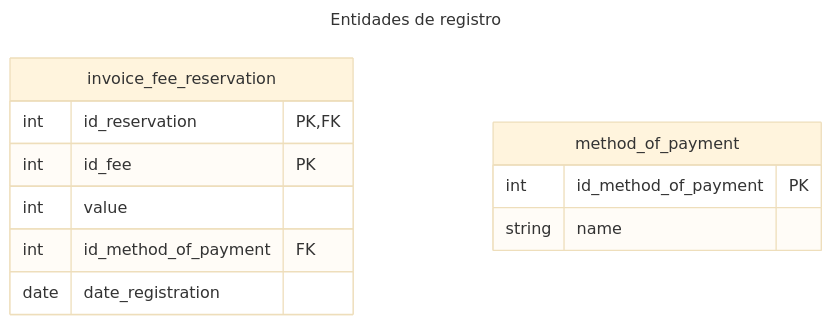
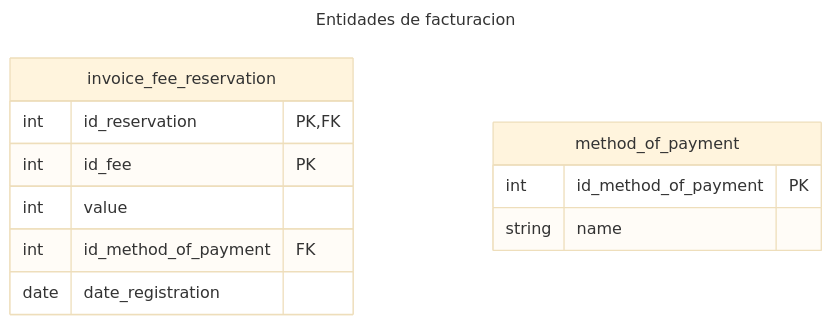
The eighth of 10 diagrams in doc/SDLC/desing/db/v2/dictionary.md (J4F3ET/ME.PMS), drawn with Mermaid (base theme) before and after one commit. The commit also changed other lines of this file and 1 other file, not shown here.

````diff
--- a/doc/SDLC/desing/db/v2/dictionary.md
+++ b/doc/SDLC/desing/db/v2/dictionary.md
@@ -110,17 +162,17 @@
 ```mermaid
 ---
-title: Entidades de registro
+title: Entidades de facturacion
 ---
 erDiagram
     invoice_fee_reservation{
         int id_reservation PK,FK
         int id_fee PK
         int value
         int id_method_of_payment FK
         date date_registration
     }
     method_of_payment{
         int id_method_of_payment PK
         string name
     }
 ```
````
